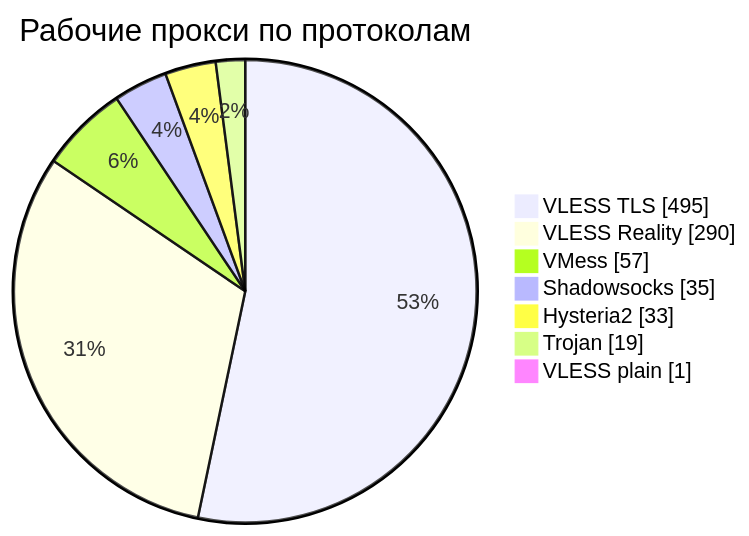
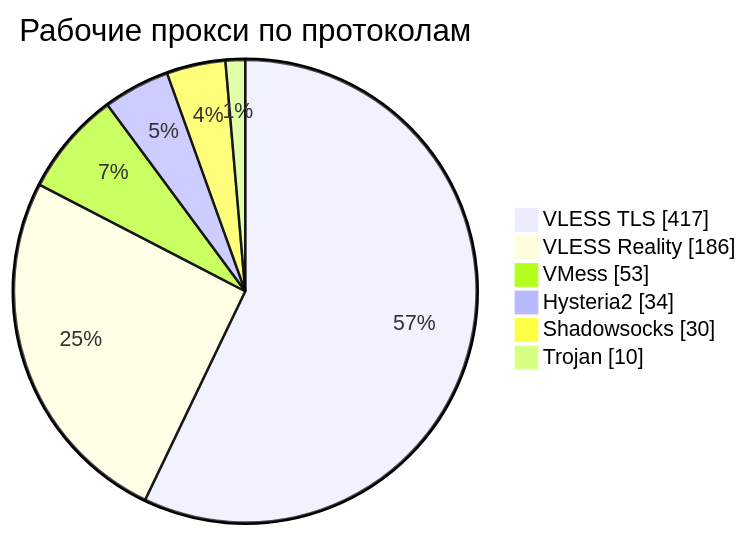
One commit to rvvg/proxy-subs changed the third of 4 diagrams in README.md. Above: the diagram before and after it, drawn with Mermaid. The commit also changed other lines of this file and 47 other files, not shown here.

````diff
--- a/README.md
+++ b/README.md
@@ -138,11 +133,10 @@
 ```mermaid
 pie showData
     title Рабочие прокси по протоколам
-    "VLESS TLS" : 495
-    "VLESS Reality" : 290
-    "VMess" : 57
-    "Shadowsocks" : 35
-    "Hysteria2" : 33
-    "Trojan" : 19
-    "VLESS plain" : 1
+    "VLESS TLS" : 417
+    "VLESS Reality" : 186
+    "VMess" : 53
+    "Hysteria2" : 34
+    "Shadowsocks" : 30
+    "Trojan" : 10
 ```
````
